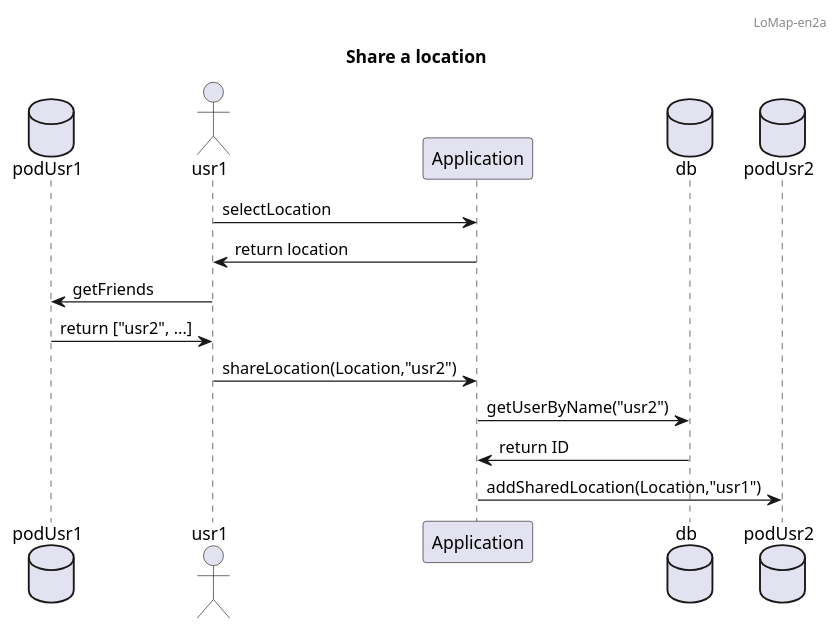
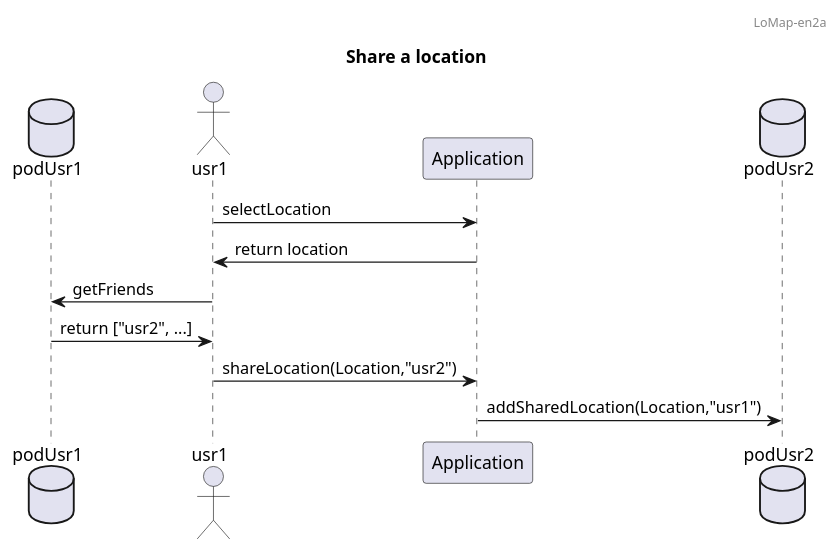
The fifth of 5 diagrams in docs/06_runtime_view.adoc (Arquisoft/lomap_en2a), drawn with PlantUML before and after one commit. The commit also changed 1 other file, not shown here.

Commit message:
lil changes in section 5 and 6

```diff
--- a/docs/06_runtime_view.adoc
+++ b/docs/06_runtime_view.adoc
@@ -124,25 +124,21 @@
 [plantuml,"Share a location with friends",png]
 ----
 @startuml
 
 header LoMap-en2a
 
 title Share a location
 
 database podUsr1
 actor usr1
 
 usr1 -> Application : selectLocation
 Application -> usr1 : return location
 usr1 -> podUsr1 : getFriends
 podUsr1 ->usr1 : return ["usr2", ...]
 usr1 -> Application : shareLocation(Location,"usr2")
-database db
-Application -> db : getUserByName("usr2")
-db -> Application : return ID
-
 database podUsr2
 Application -> podUsr2 : addSharedLocation(Location,"usr1")
 
 @enduml
 ----
```
